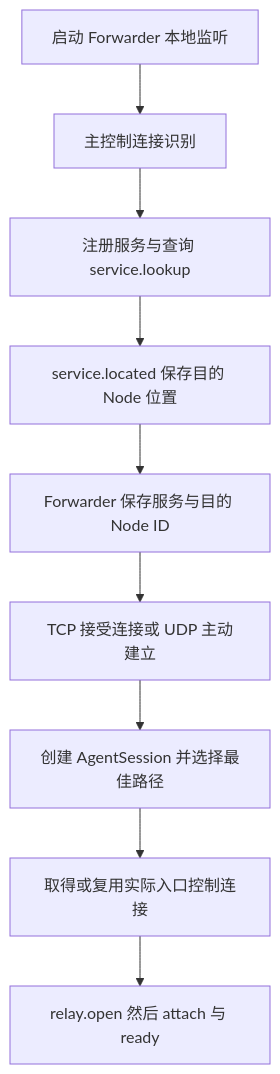
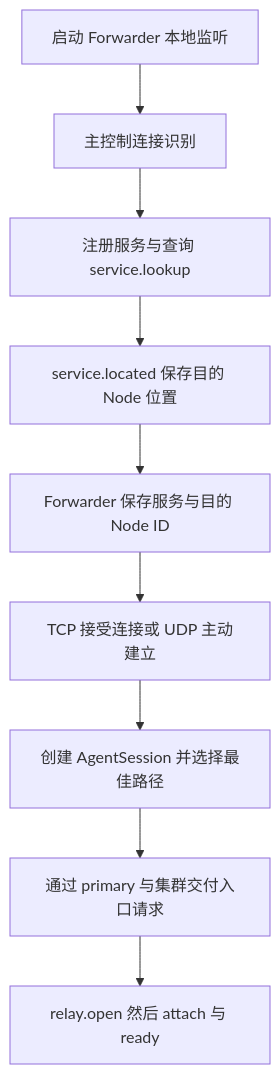
One commit to Xtinc/relayweave changed the third of 3 diagrams in docs/RelayAgent设计.md. Above: the diagram before and after it, drawn with Mermaid. The commit also changed other lines of this file and 45 other files, not shown here.

````diff
--- a/docs/RelayAgent设计.md
+++ b/docs/RelayAgent设计.md
@@ -326,11 +286,11 @@
 ```mermaid
 flowchart TD
     A[启动 Forwarder 本地监听] --> B[主控制连接识别]
     B --> C[注册服务与查询 service.lookup]
     C --> D[service.located 保存目的 Node 位置]
     D --> E[Forwarder 保存服务与目的 Node ID]
     E --> F[TCP 接受连接或 UDP 主动建立]
     F --> G[创建 AgentSession 并选择最佳路径]
-    G --> H[取得或复用实际入口控制连接]
+    G --> H[通过 primary 与集群交付入口请求]
     H --> I[relay.open 然后 attach 与 ready]
 ```
````
